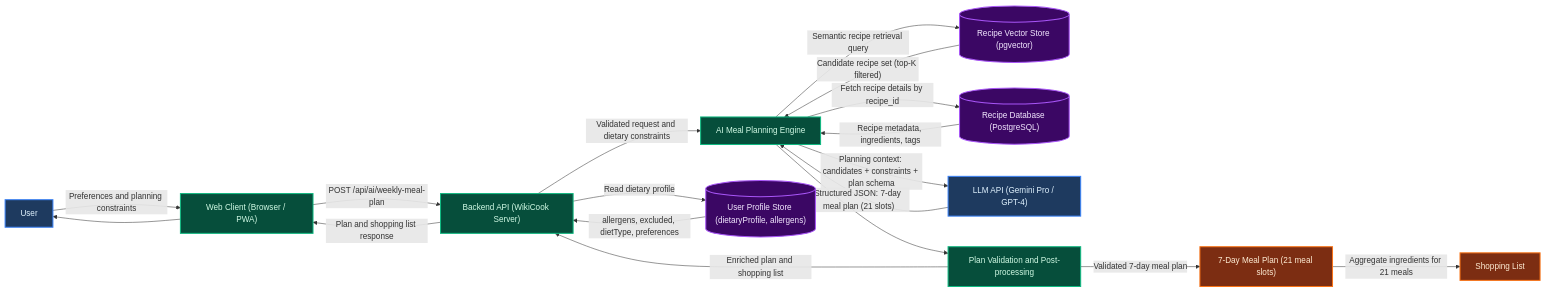
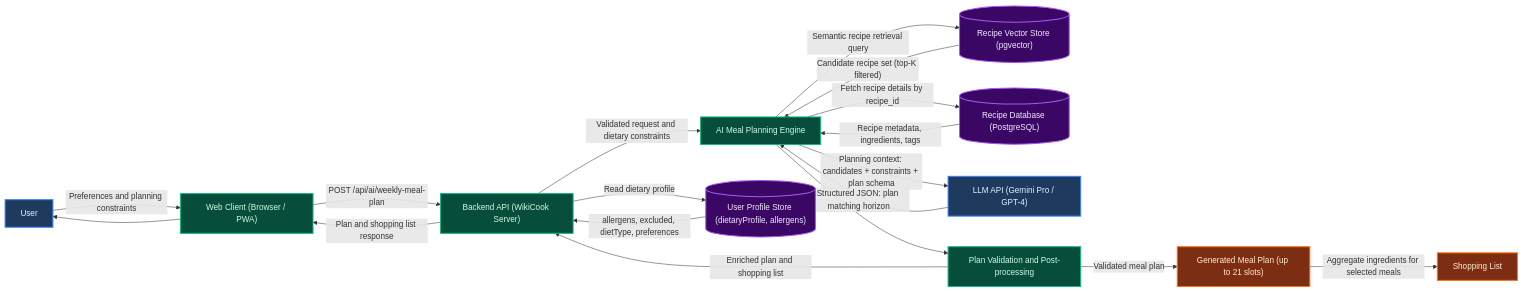
One commit to ThanhDu14/WikiCook changed the first of 2 diagrams in docs/requirements/project-proposal.md. Above: the diagram before and after it, drawn with Mermaid. The commit also changed other lines of this file and 28 other files, not shown here.

````diff
--- a/docs/requirements/project-proposal.md
+++ b/docs/requirements/project-proposal.md
@@ -318,49 +318,49 @@
 ```mermaid
 flowchart LR
     User["User"]
     WebClient["Web Client (Browser / PWA)"]
     Backend["Backend API (WikiCook Server)"]
     AIEngine["AI Meal Planning Engine"]
     UserProfile[("User Profile Store (dietaryProfile, allergens)")]
     VectorStore[("Recipe Vector Store (pgvector)")]
     RecipeDB[("Recipe Database (PostgreSQL)")]
     LLM["LLM API (Gemini Pro / GPT-4)"]
     Validator["Plan Validation and Post-processing"]
-    MealPlan["7-Day Meal Plan (21 meal slots)"]
+    MealPlan["Generated Meal Plan (up to 21 slots)"]
     ShoppingList["Shopping List"]
 
     User -->|"Preferences and planning constraints"| WebClient
     WebClient -->|"POST /api/ai/weekly-meal-plan"| Backend
 
     Backend -->|"Read dietary profile"| UserProfile
     UserProfile -->|"allergens, excluded, dietType, preferences"| Backend
 
     Backend -->|"Validated request and dietary constraints"| AIEngine
 
     AIEngine -->|"Semantic recipe retrieval query"| VectorStore
     VectorStore -->|"Candidate recipe set (top-K filtered)"| AIEngine
 
     AIEngine -->|"Fetch recipe details by recipe_id"| RecipeDB
     RecipeDB -->|"Recipe metadata, ingredients, tags"| AIEngine
 
     AIEngine -->|"Planning context: candidates + constraints + plan schema"| LLM
-    LLM -->|"Structured JSON: 7-day meal plan (21 slots)"| AIEngine
+    LLM -->|"Structured JSON: plan matching horizon"| AIEngine
 
     AIEngine --> Validator
-    Validator -->|"Validated 7-day meal plan"| MealPlan
-    MealPlan -->|"Aggregate ingredients for 21 meals"| ShoppingList
+    Validator -->|"Validated meal plan"| MealPlan
+    MealPlan -->|"Aggregate ingredients for selected meals"| ShoppingList
 
     Validator -->|"Enriched plan and shopping list"| Backend
     Backend -->|"Plan and shopping list response"| WebClient
     WebClient --> User
 
     classDef actor   fill:#1e3a5f,stroke:#3b82f6,stroke-width:2px,color:#e0f2fe;
     classDef service fill:#064e3b,stroke:#10b981,stroke-width:2px,color:#d1fae5;
     classDef store   fill:#3b0764,stroke:#a855f7,stroke-width:2px,color:#f3e8ff;
     classDef output  fill:#7c2d12,stroke:#f97316,stroke-width:2px,color:#ffedd5;
 
     class User,LLM actor;
     class WebClient,Backend,AIEngine,Validator service;
     class VectorStore,RecipeDB,UserProfile store;
     class MealPlan,ShoppingList output;
 ```
````
